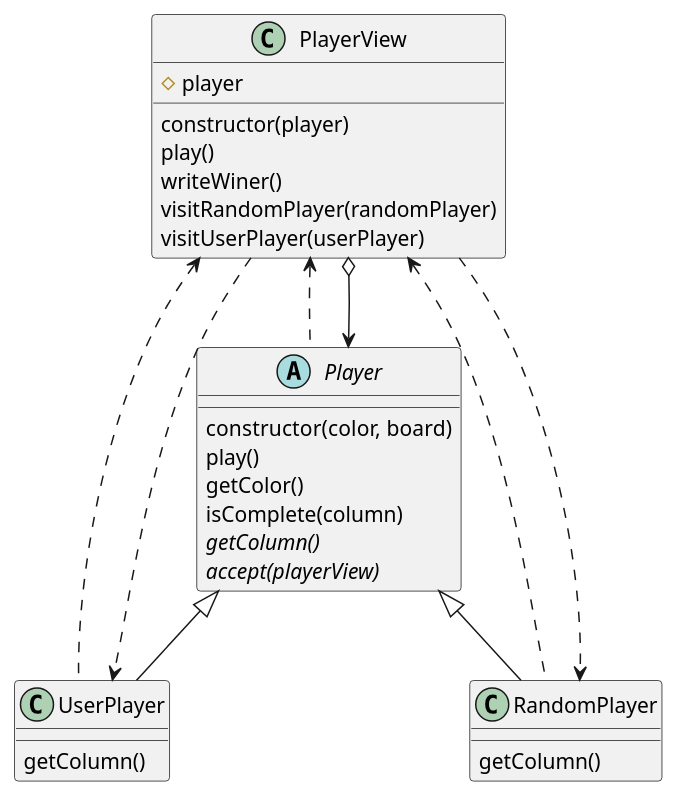
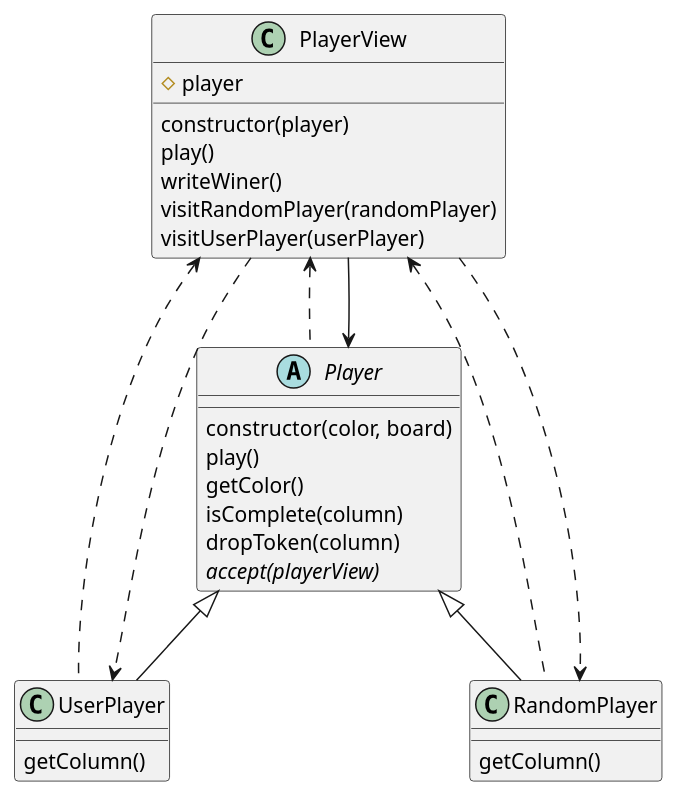
One commit to matiasWid/src changed the diagram in game/connect4/viewModels/machine/docs/diagram.plantuml. Above: the diagram before and after it, drawn with PlantUML. The commit also changed 1 other file, not shown here.

```diff
--- a/game/connect4/viewModels/machine/docs/diagram.plantuml
+++ b/game/connect4/viewModels/machine/docs/diagram.plantuml
@@ -1,39 +1,39 @@
 @startuml  
 
 abstract class Player {
     constructor(color, board)
     play()
     getColor()
     isComplete(column)
-    {abstract} getColumn()
+    dropToken(column)
     {abstract} accept(playerView)
 }
 
 class UserPlayer{
     getColumn()
 }
 
 class RandomPlayer{
     getColumn()
 }
 
 Player <|-down- UserPlayer 
 Player <|-down- RandomPlayer
 
 class PlayerView{
     #player
     constructor(player)
     play()
     writeWiner()
     visitRandomPlayer(randomPlayer)
     visitUserPlayer(userPlayer)
 }
 
 PlayerView <.. UserPlayer
 PlayerView <.. RandomPlayer
 PlayerView ..> UserPlayer
 PlayerView ..> RandomPlayer
 PlayerView <.. Player
-PlayerView o--> Player
+PlayerView --> Player
 
 @enduml
```
